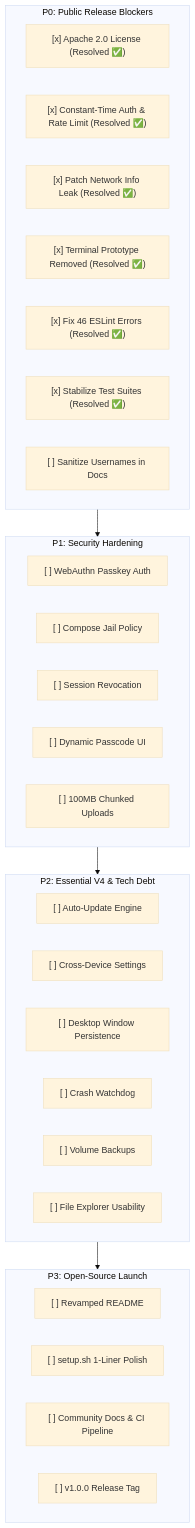
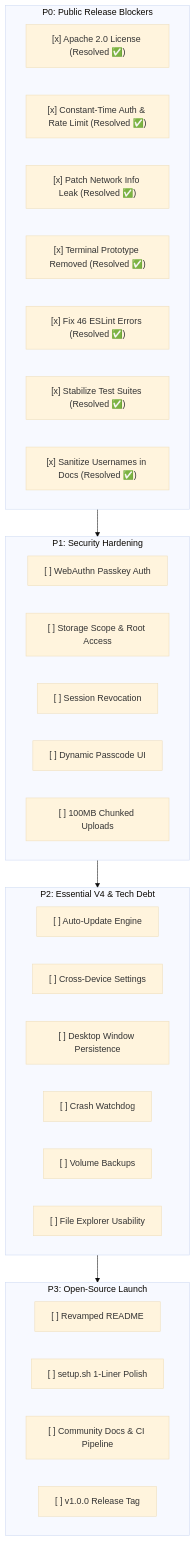
Before and after one commit to Cypher0071/Home_Cloud: the diagram in docs/launch_changes.md, drawn with Mermaid (base theme). The commit also changed other lines of this file and 8 other files, not shown here.

````diff
--- a/docs/launch_changes.md
+++ b/docs/launch_changes.md
@@ -352,40 +353,40 @@
 ```mermaid
 flowchart TD
     subgraph P0["P0: Public Release Blockers"]
         L["[x] Apache 2.0 License (Resolved ✅)"]
         A["[x] Constant-Time Auth & Rate Limit (Resolved ✅)"]
         N["[x] Patch Network Info Leak (Resolved ✅)"]
         T["[x] Terminal Prototype Removed (Resolved ✅)"]
         E["[x] Fix 46 ESLint Errors (Resolved ✅)"]
         TS["[x] Stabilize Test Suites (Resolved ✅)"]
-        S["[ ] Sanitize Usernames in Docs"]
+        S["[x] Sanitize Usernames in Docs (Resolved ✅)"]
     end
 
     subgraph P1["P1: Security Hardening"]
         W["[ ] WebAuthn Passkey Auth"]
-        J["[ ] Compose Jail Policy"]
+        J["[ ] Storage Scope & Root Access"]
         R["[ ] Session Revocation"]
         P["[ ] Dynamic Passcode UI"]
         U["[ ] 100MB Chunked Uploads"]
     end
 
     subgraph P2["P2: Essential V4 & Tech Debt"]
         AU["[ ] Auto-Update Engine"]
         SP["[ ] Cross-Device Settings"]
         WP["[ ] Desktop Window Persistence"]
         CW["[ ] Crash Watchdog"]
         BK["[ ] Volume Backups"]
         FE["[ ] File Explorer Usability"]
     end
 
     subgraph P3["P3: Open-Source Launch"]
         RM["[ ] Revamped README"]
         ST["[ ] setup.sh 1-Liner Polish"]
         GH["[ ] Community Docs & CI Pipeline"]
         REL["[ ] v1.0.0 Release Tag"]
     end
 
     P0 --> P1
     P1 --> P2
     P2 --> P3
 ```
````
